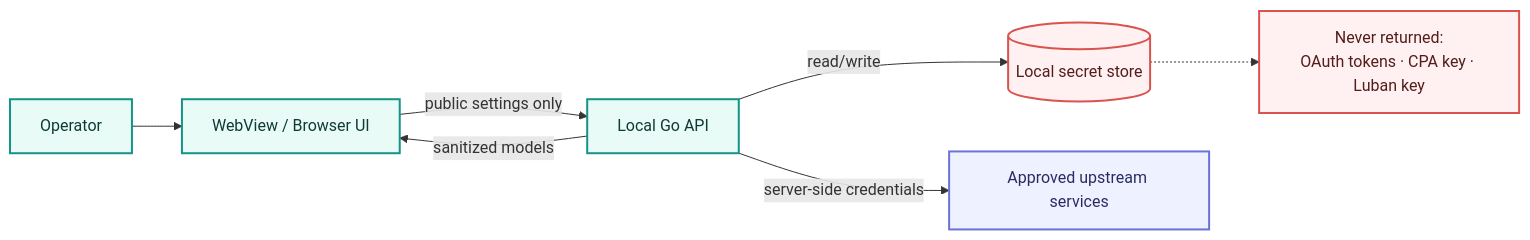
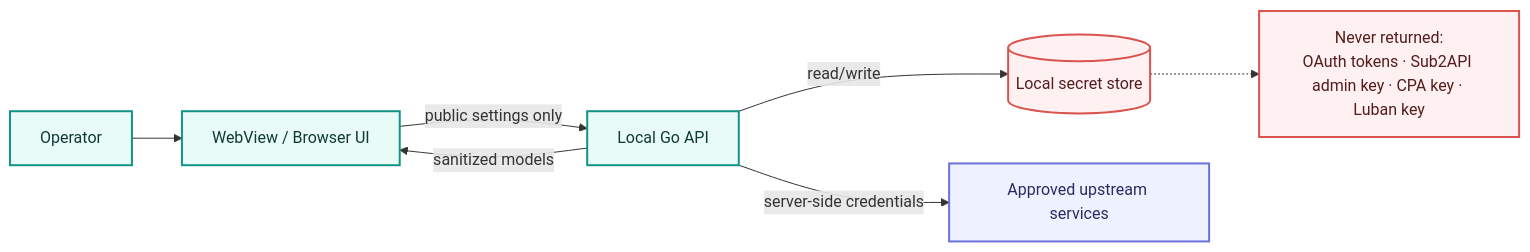
Before and after one commit to 2921323707/CPA_Orbit: the third of 3 diagrams in docs/architecture/README.md, drawn with Mermaid. The commit also changed other lines of this file and 33 other files, not shown here.

Commit message:
docs: define Sub2API primary and CPA fallback operations

````diff
--- a/docs/architecture/README.md
+++ b/docs/architecture/README.md
@@ -108,18 +121,18 @@
 ```mermaid
 flowchart LR
   USER["Operator"] --> UI["WebView / Browser UI"]
   UI -->|"public settings only"| API["Local Go API"]
   API -->|"read/write"| SECRET[("Local secret store")]
   API -->|"server-side credentials"| UPSTREAM["Approved upstream services"]
   API -->|"sanitized models"| UI
 
-  BLOCKED["Never returned:<br/>OAuth tokens · CPA key · Luban key"]
+	BLOCKED["Never returned:<br/>OAuth tokens · Sub2API admin key · CPA key · Luban key"]
   SECRET -.-> BLOCKED
 
   classDef safe fill:#e8fbf7,stroke:#139486,color:#103a35,stroke-width:2px;
   classDef secret fill:#fff1f1,stroke:#d9534f,color:#541d1b,stroke-width:2px;
   classDef external fill:#eef1ff,stroke:#6c72d9,color:#292c62,stroke-width:2px;
   class USER,UI,API safe;
   class SECRET,BLOCKED secret;
   class UPSTREAM external;
 ```
````
